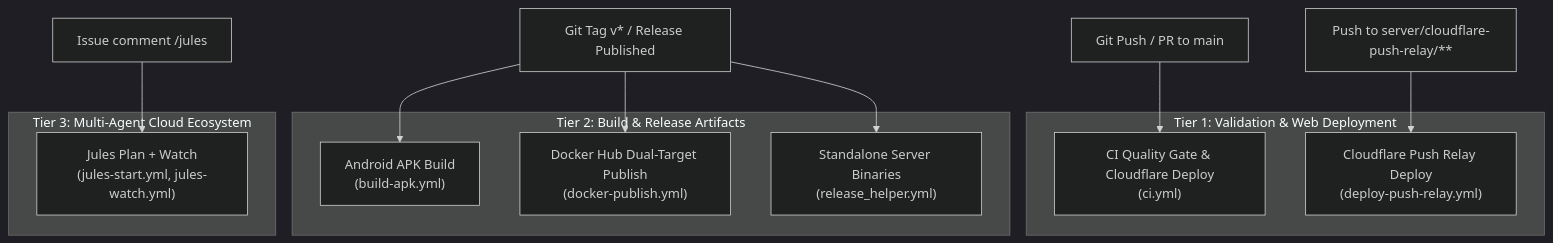
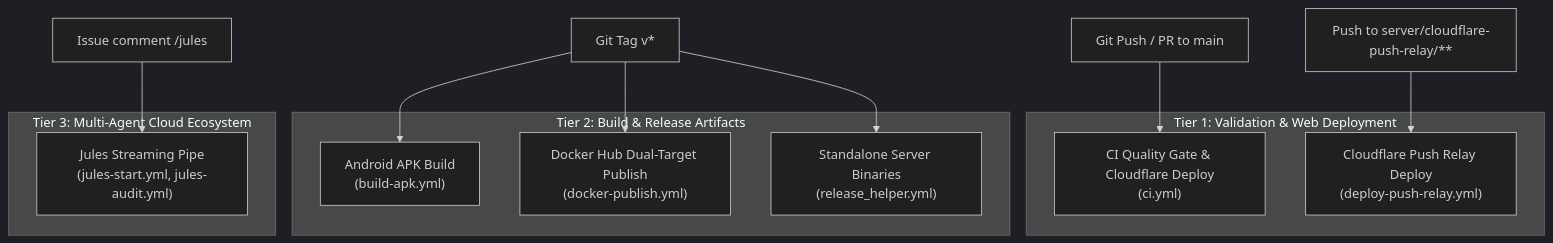
Before and after one commit to suitably/LocalGameGalaxy: the first of 2 diagrams in docs/workflows/ci-cd-pipelines.md, drawn with Mermaid (dark theme). The commit also changed other lines of this file and 13 other files, not shown here.

Commit message:
feat(ci): switch Jules to active live streaming pipeline and streamline release triggers

````diff
--- a/docs/workflows/ci-cd-pipelines.md
+++ b/docs/workflows/ci-cd-pipelines.md
@@ -22,22 +22,22 @@
 ```mermaid
 flowchart TD
     subgraph CI_Deploy["Tier 1: Validation & Web Deployment"]
         CI["CI Quality Gate & Cloudflare Deploy<br/>(ci.yml)"]
         CF_Relay["Cloudflare Push Relay Deploy<br/>(deploy-push-relay.yml)"]
     end
 
     subgraph Releases["Tier 2: Build & Release Artifacts"]
         APK["Android APK Build<br/>(build-apk.yml)"]
         Docker["Docker Hub Dual-Target Publish<br/>(docker-publish.yml)"]
         ServerRelease["Standalone Server Binaries<br/>(release_helper.yml)"]
     end
 
     subgraph Autonomous["Tier 3: Multi-Agent Cloud Ecosystem"]
-        JulesPlan["Jules Plan + Watch<br/>(jules-start.yml, jules-watch.yml)"]
+        JulesPlan["Jules Streaming Pipe<br/>(jules-start.yml, jules-audit.yml)"]
     end
 
     CodePush["Git Push / PR to main"] --> CI
     RelayCode["Push to server/cloudflare-push-relay/**"] --> CF_Relay
-    TagPush["Git Tag v* / Release Published"] --> APK & Docker & ServerRelease
+    TagPush["Git Tag v*"] --> APK & Docker & ServerRelease
     IssueActivity["Issue comment /jules"] --> JulesPlan
 ```
````
